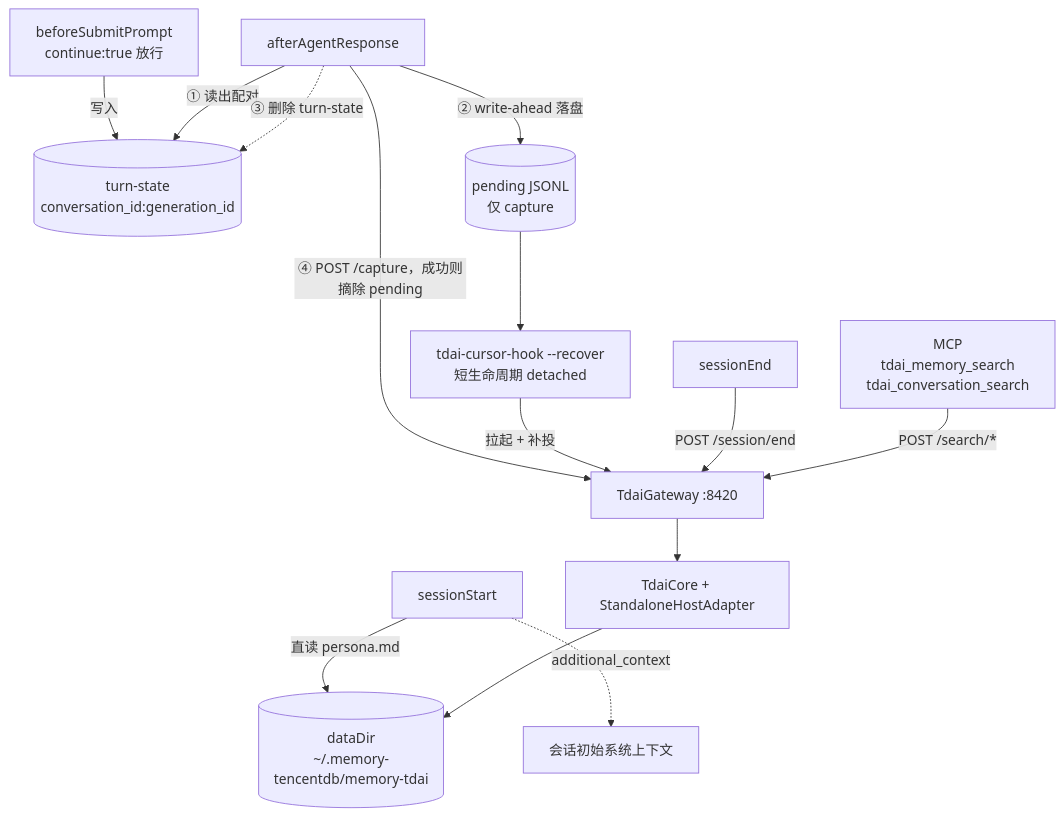
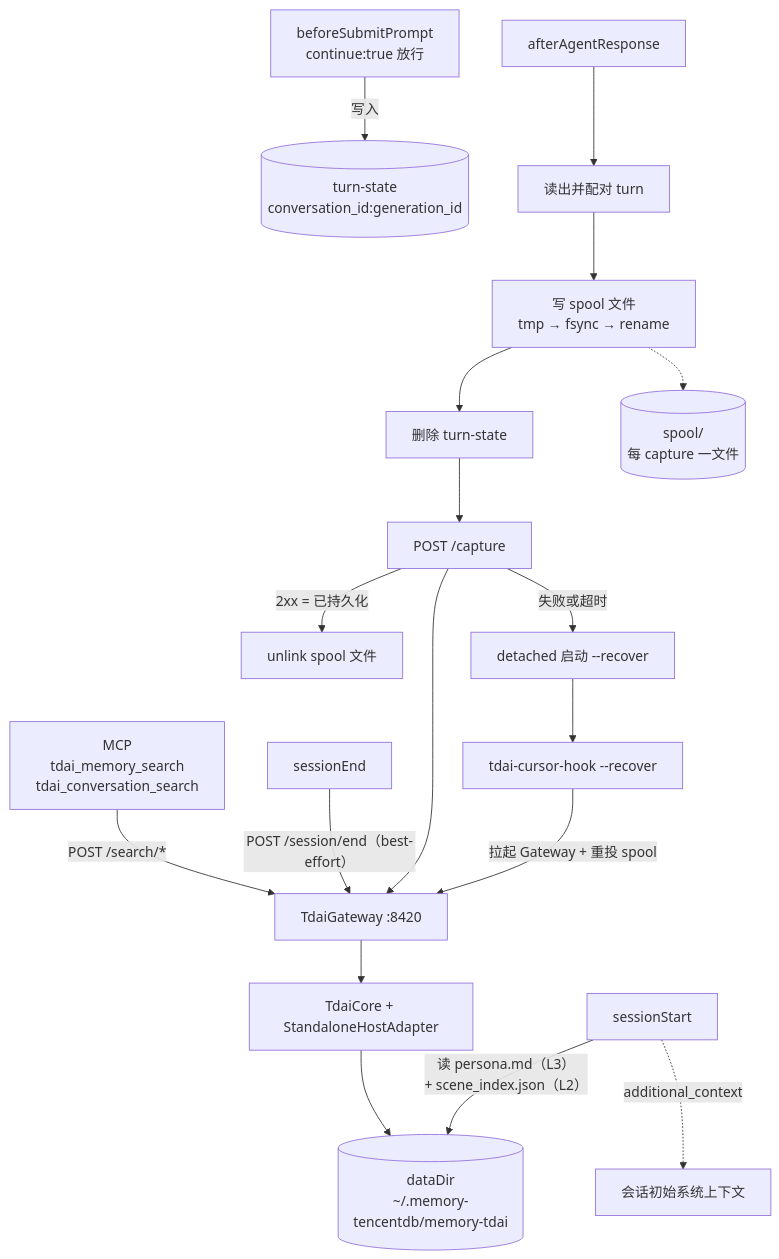
Before and after one commit to JoeyEnjoyLoL/TencentDB-Agent-Memory: the diagram in docs/spec.md, drawn with Mermaid. The commit also changed other lines of this file, not shown here.

First line of the commit message:
docs: 按评审闭环 Cursor adapter 的 L2 真源、幂等边界与持久化传播

````diff
--- a/docs/spec.md
+++ b/docs/spec.md
@@ -17,16 +17,20 @@
 ```mermaid
 flowchart TD
-  A["sessionStart"] -->|直读 persona.md| F[("dataDir<br/>~/.memory-tencentdb/memory-tdai")]
+  A["sessionStart"] -->|"读 persona.md（L3）<br/>+ scene_index.json（L2）"| F[("dataDir<br/>~/.memory-tencentdb/memory-tdai")]
   A -.->|additional_context| G["会话初始系统上下文"]
   B["beforeSubmitPrompt<br/>continue:true 放行"] -->|写入| H[("turn-state<br/>conversation_id:generation_id")]
-  C["afterAgentResponse"] -->|"① 读出配对"| H
-  C -->|"② write-ahead 落盘"| P[("pending JSONL<br/>仅 capture")]
-  C -.->|"③ 删除 turn-state"| H
-  C -->|"④ POST /capture，成功则摘除 pending"| I["TdaiGateway :8420"]
-  P --> R["tdai-cursor-hook --recover<br/>短生命周期 detached"]
-  R -->|拉起 + 补投| I
-  D["sessionEnd"] -->|"POST /session/end"| I
+  C["afterAgentResponse"] --> C1["读出并配对 turn"]
+  C1 --> C2["写 spool 文件<br/>tmp → fsync → rename"]
+  C2 --> C3["删除 turn-state"]
+  C3 --> C4["POST /capture"]
+  C4 -->|2xx = 已持久化| C5["unlink spool 文件"]
+  C4 -->|失败或超时| C6["detached 启动 --recover"]
+  C2 -.-> P[("spool/<br/>每 capture 一文件")]
+  C6 --> R["tdai-cursor-hook --recover"]
+  R -->|拉起 Gateway + 重投 spool| I["TdaiGateway :8420"]
+  C4 --> I
+  D["sessionEnd"] -->|"POST /session/end（best-effort）"| I
   E["MCP<br/>tdai_memory_search<br/>tdai_conversation_search"] -->|"POST /search/*"| I
   I --> J["TdaiCore + StandaloneHostAdapter"]
   J --> F
 ```
````
